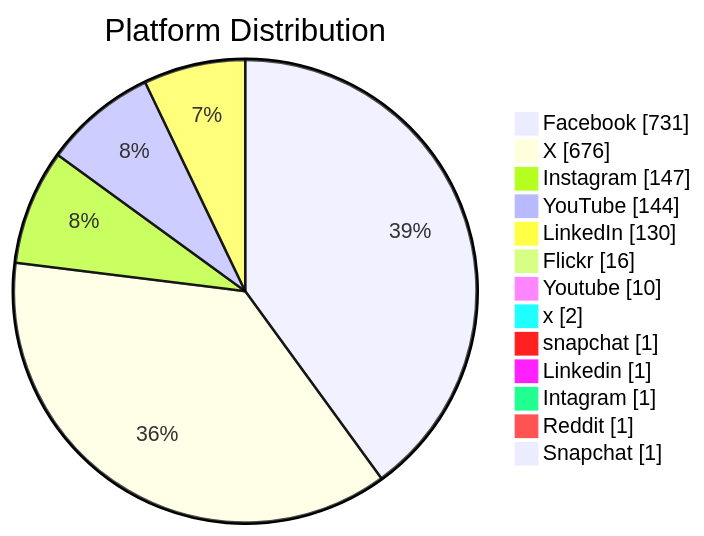
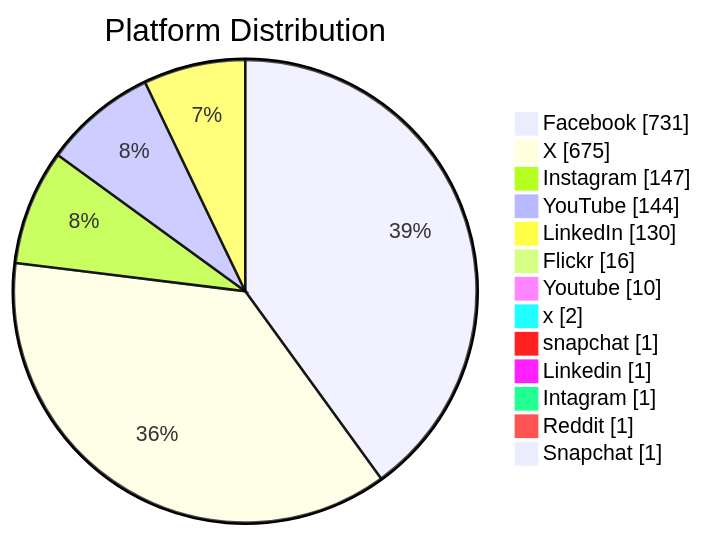
One commit to PatLittle/GC-Socials changed the second of 6 diagrams in README.md. Above: the diagram before and after it, drawn with Mermaid. The commit also changed other lines of this file, not shown here.

Commit message:
Update README with Platform Distribution pie chart

````diff
--- a/README.md
+++ b/README.md
@@ -65,16 +65,16 @@
 ```mermaid
 pie showData title Platform Distribution
     "Facebook": 731
-    "X": 676
+    "X": 675
     "Instagram": 147
     "YouTube": 144
     "LinkedIn": 130
     "Flickr": 16
     "Youtube": 10
     "x": 2
     "snapchat": 1
     "Linkedin": 1
     "Intagram": 1
     "Reddit": 1
     "Snapchat": 1
 ```
````
